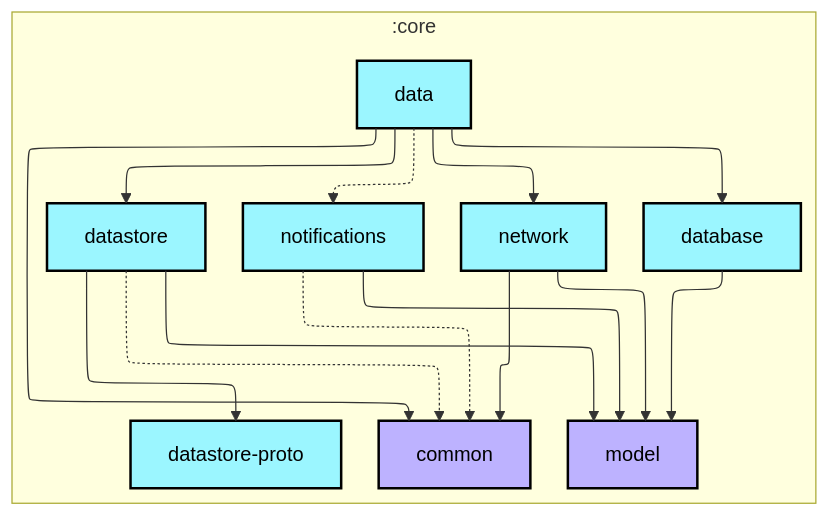
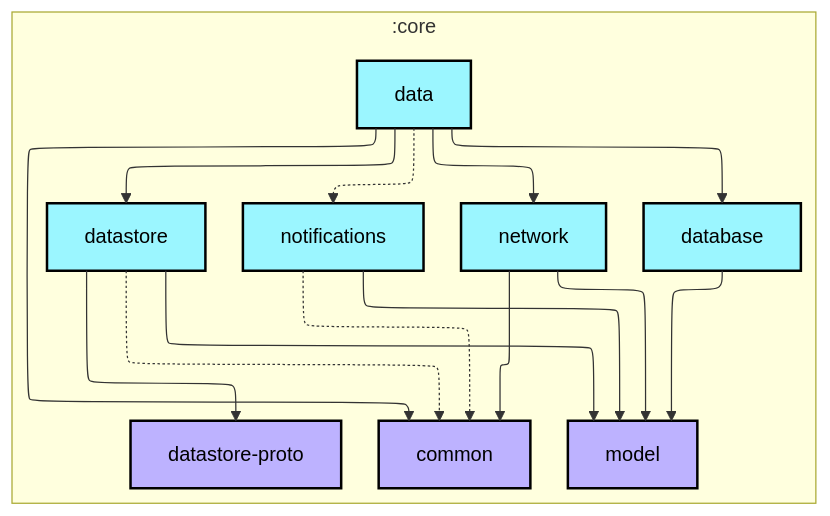
Before and after one commit to AshishMK/JetUpdates: the first of 2 diagrams in core/data/README.md, drawn with Mermaid. The commit also changed 54 other files, not shown here.

Commit message:
feat: hideBottomBar logic All pull requests completed after PR # 2003Migrate project to Jetpack Navigation 3 to PR #2100 Update README graphs with correct datastore-proto plugin

````diff
--- a/core/data/README.md
+++ b/core/data/README.md
@@ -6,41 +6,41 @@
 ```mermaid
 ---
 config:
   layout: elk
   elk:
     nodePlacementStrategy: SIMPLE
 ---
 graph TB
   subgraph :core
     direction TB
     :core:common[common]:::jvm-library
     :core:data[data]:::android-library
     :core:database[database]:::android-library
     :core:datastore[datastore]:::android-library
-    :core:datastore-proto[datastore-proto]:::android-library
+    :core:datastore-proto[datastore-proto]:::jvm-library
     :core:model[model]:::jvm-library
     :core:network[network]:::android-library
     :core:notifications[notifications]:::android-library
   end
 
   :core:data --> :core:common
   :core:data --> :core:database
   :core:data --> :core:datastore
   :core:data --> :core:network
   :core:data -.-> :core:notifications
   :core:database --> :core:model
   :core:datastore -.-> :core:common
   :core:datastore --> :core:datastore-proto
   :core:datastore --> :core:model
   :core:network --> :core:common
   :core:network --> :core:model
   :core:notifications -.-> :core:common
   :core:notifications --> :core:model
 
 classDef android-application fill:#CAFFBF,stroke:#000,stroke-width:2px,color:#000;
 classDef android-feature fill:#FFD6A5,stroke:#000,stroke-width:2px,color:#000;
 classDef android-library fill:#9BF6FF,stroke:#000,stroke-width:2px,color:#000;
 classDef android-test fill:#A0C4FF,stroke:#000,stroke-width:2px,color:#000;
 classDef jvm-library fill:#BDB2FF,stroke:#000,stroke-width:2px,color:#000;
 classDef unknown fill:#FFADAD,stroke:#000,stroke-width:2px,color:#000;
 ```
````
